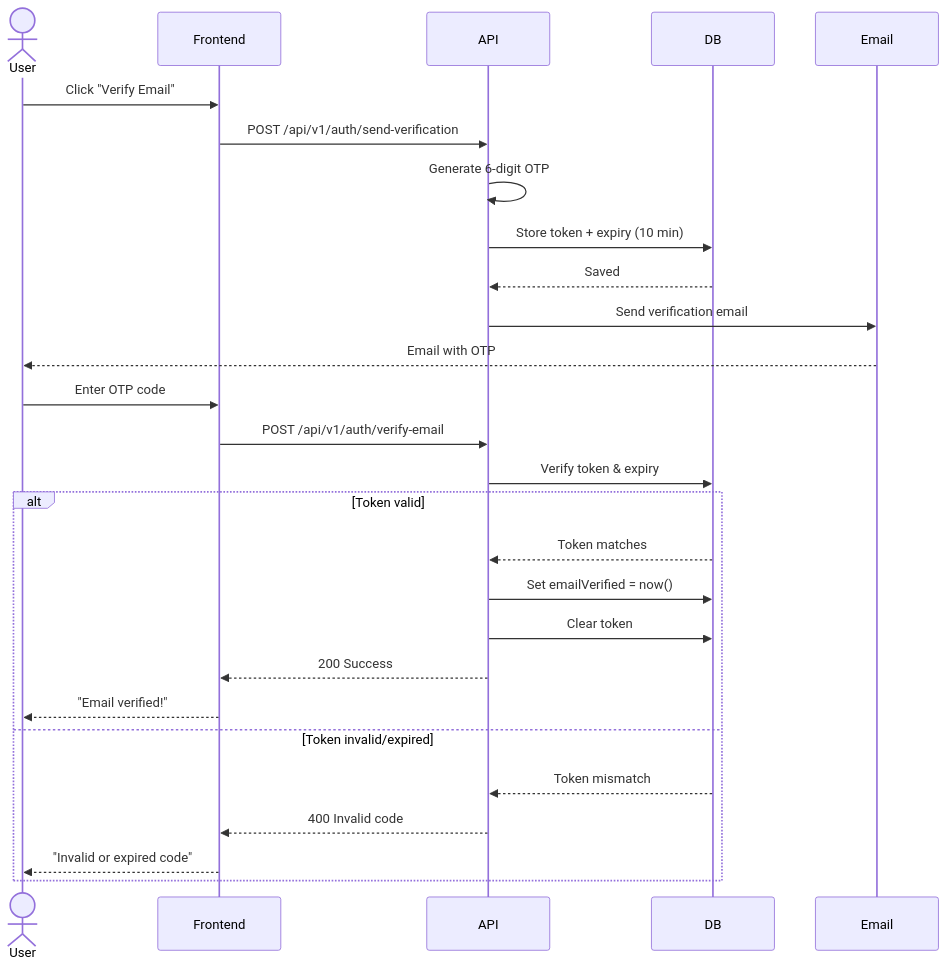
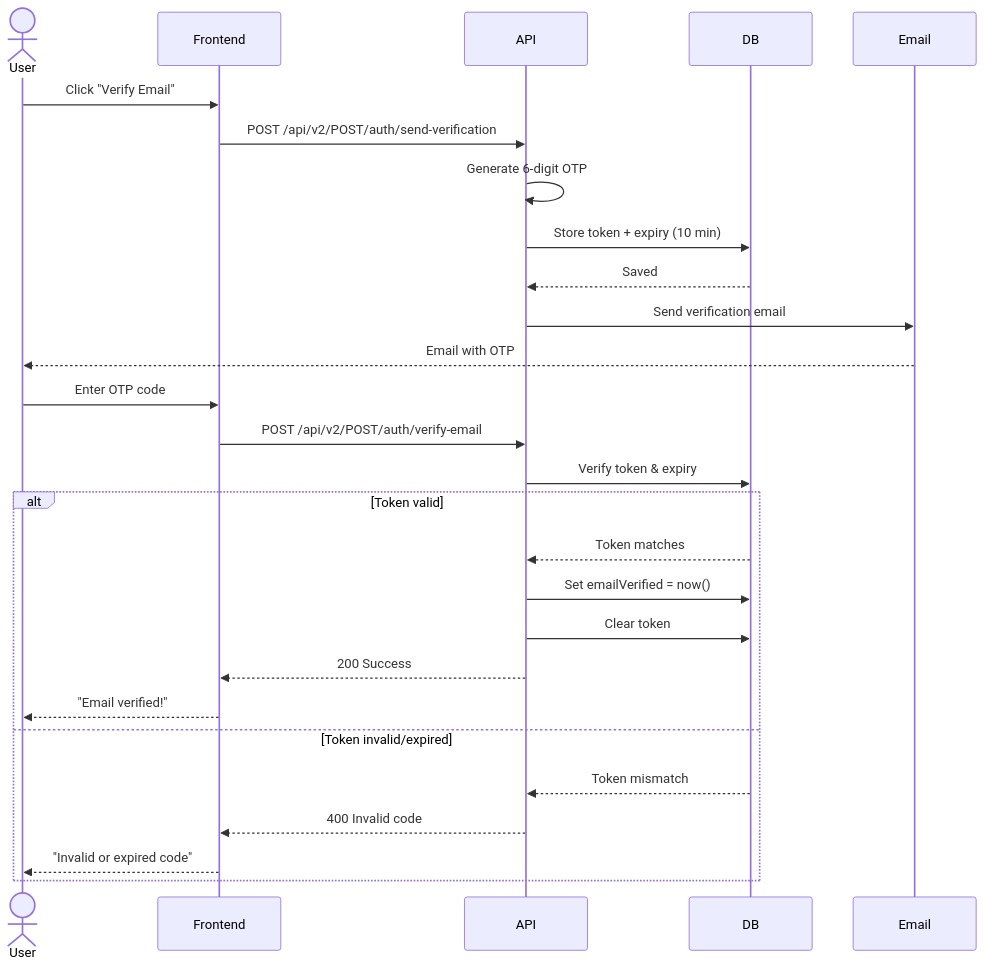
One commit to Ruhanpaco/prishtina-heackerspace changed the fifth of 8 diagrams in README.md. Above: the diagram before and after it, drawn with Mermaid. The commit also changed other lines of this file and 121 other files, not shown here.

````diff
--- a/README.md
+++ b/README.md
@@ -221,32 +273,32 @@
 ```mermaid
 sequenceDiagram
     actor User
     participant Frontend
     participant API
     participant DB
     participant Email
 
     User->>Frontend: Click "Verify Email"
-    Frontend->>API: POST /api/v1/auth/send-verification
+    Frontend->>API: POST /api/v2/POST/auth/send-verification
     API->>API: Generate 6-digit OTP
     API->>DB: Store token + expiry (10 min)
     DB-->>API: Saved
     API->>Email: Send verification email
     Email-->>User: Email with OTP
     
     User->>Frontend: Enter OTP code
-    Frontend->>API: POST /api/v1/auth/verify-email
+    Frontend->>API: POST /api/v2/POST/auth/verify-email
     API->>DB: Verify token & expiry
     
     alt Token valid
         DB-->>API: Token matches
         API->>DB: Set emailVerified = now()
         API->>DB: Clear token
         API-->>Frontend: 200 Success
         Frontend-->>User: "Email verified!"
     else Token invalid/expired
         DB-->>API: Token mismatch
         API-->>Frontend: 400 Invalid code
         Frontend-->>User: "Invalid or expired code"
     end
 ```
````
